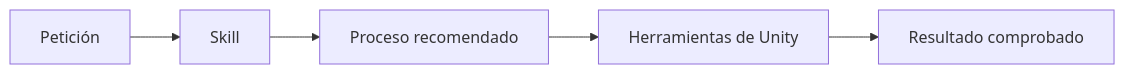
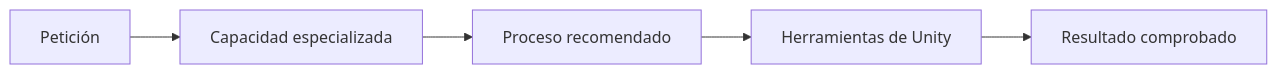
One commit to jcarrenogallego/learning-unity changed the diagram in docs/01-skills.md. Above: the diagram before and after it, drawn with Mermaid. The commit also changed other lines of this file and 4 other files, not shown here.

````diff
--- a/docs/01-skills.md
+++ b/docs/01-skills.md
@@ -24,7 +24,7 @@
 ```mermaid
 flowchart LR
-    A[Petición] --> B[Skill]
+    A[Petición] --> B[Capacidad especializada]
     B --> C[Proceso recomendado]
     C --> D[Herramientas de Unity]
     D --> E[Resultado comprobado]
 ```
````
